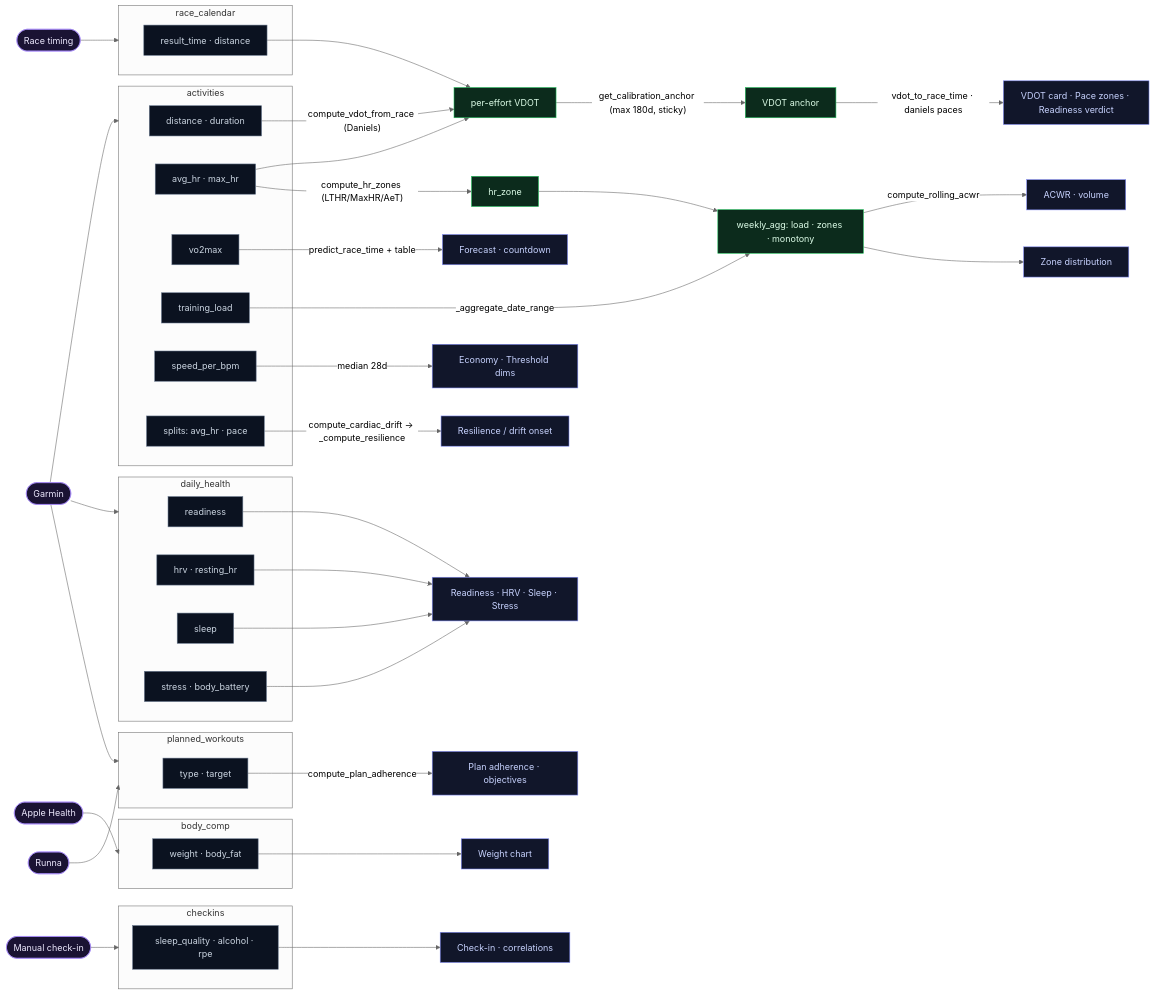
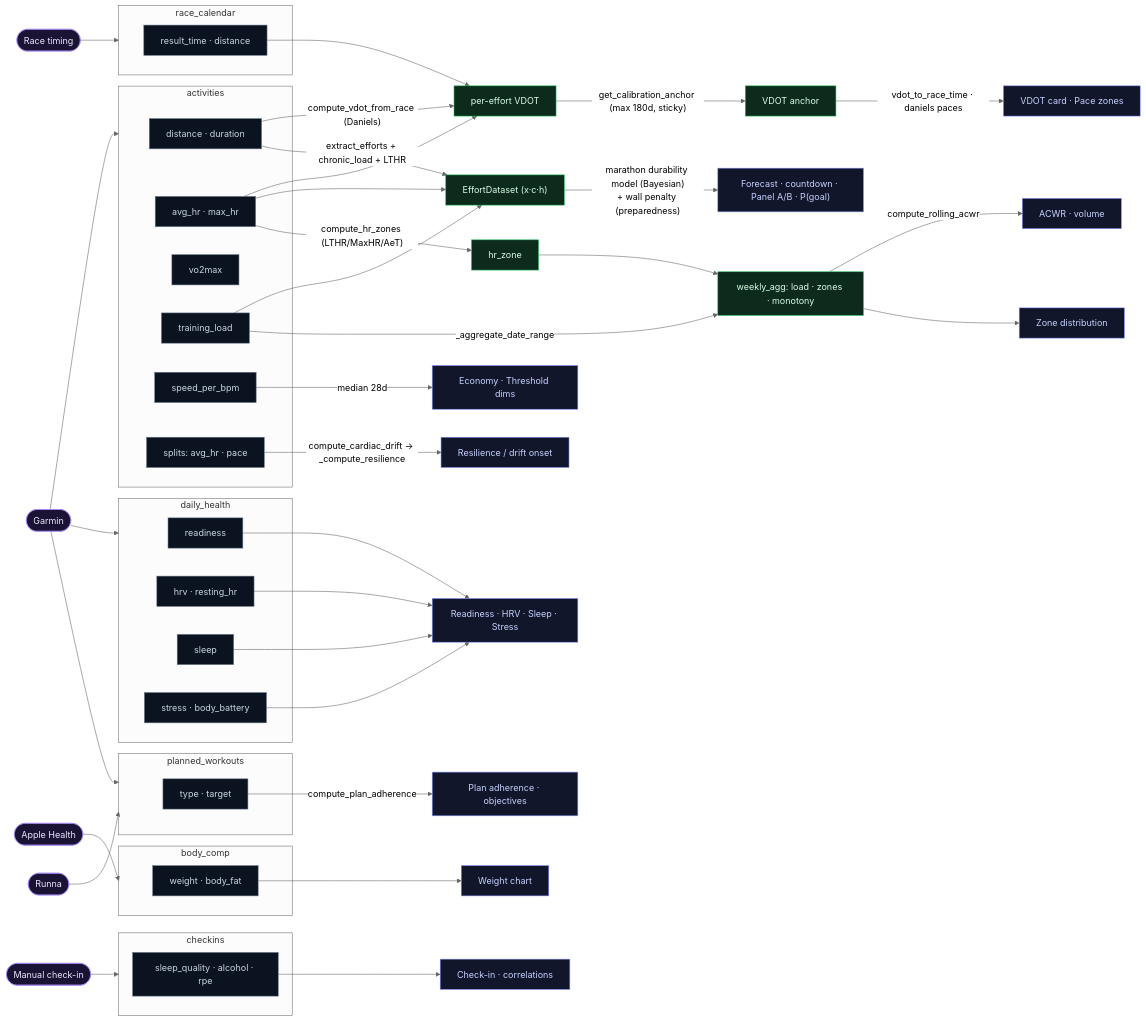
The first of 6 diagrams in DATA_LINEAGE.md (BigCrunsh/fit), drawn with Mermaid (neutral theme) before and after one commit. The commit also changed other lines of this file and 1 other file, not shown here.

````diff
--- a/DATA_LINEAGE.md
+++ b/DATA_LINEAGE.md
@@ -25,69 +25,72 @@
 ```mermaid
 flowchart LR
   classDef prov fill:#1a1333,stroke:#a78bfa,color:#ede9fe
   classDef col fill:#0b1220,stroke:#64748b,color:#cbd5e1
   classDef fn fill:#0c2b1c,stroke:#22c55e,color:#dcfce7
   classDef met fill:#11162a,stroke:#818cf8,color:#c7d2fe
 
   GAR(["Garmin"]):::prov
   APP(["Apple Health"]):::prov
   MAN(["Manual check-in"]):::prov
   RACE(["Race timing"]):::prov
   RUN(["Runna"]):::prov
 
   subgraph ACT["activities"]
     a_d["distance · duration"]:::col
     a_hr["avg_hr · max_hr"]:::col
     a_vo2["vo2max"]:::col
     a_tl["training_load"]:::col
     a_spb["speed_per_bpm"]:::col
     a_spl["splits: avg_hr · pace"]:::col
   end
   subgraph DH["daily_health"]
     d_rdy["readiness"]:::col
     d_hrv["hrv · resting_hr"]:::col
     d_slp["sleep"]:::col
     d_str["stress · body_battery"]:::col
   end
   subgraph BC["body_comp"]
     b_w["weight · body_fat"]:::col
   end
   subgraph CK["checkins"]
     c_sq["sleep_quality · alcohol · rpe"]:::col
   end
   subgraph RC["race_calendar"]
     r_t["result_time · distance"]:::col
   end
   subgraph PW["planned_workouts"]
     p_t["type · target"]:::col
   end
 
   GAR --> ACT
   GAR --> DH
   GAR --> PW
   APP --> BC
   MAN --> CK
   RACE --> RC
   RUN --> PW
 
   a_d -->|"compute_vdot_from_race (Daniels)"| VDOTp["per-effort VDOT"]:::fn
   a_hr --> VDOTp
   r_t --> VDOTp
   VDOTp -->|"get_calibration_anchor (max 180d, sticky)"| ANCH["VDOT anchor"]:::fn
-  ANCH -->|"vdot_to_race_time · daniels paces"| M_VDOT["VDOT card · Pace zones · Readiness verdict"]:::met
-  a_vo2 -->|"predict_race_time + table"| M_FC["Forecast · countdown"]:::met
+  ANCH -->|"vdot_to_race_time · daniels paces"| M_VDOT["VDOT card · Pace zones"]:::met
+  a_d -->|"extract_efforts + chronic_load + LTHR"| EFF["EffortDataset (x·c·h)"]:::fn
+  a_hr --> EFF
+  a_tl --> EFF
+  EFF -->|"marathon durability model (Bayesian)<br/>+ wall penalty (preparedness)"| M_FC["Forecast · countdown · Panel A/B · P(goal)"]:::met
   a_tl -->|"_aggregate_date_range"| WK["weekly_agg: load · zones · monotony"]:::fn
   a_hr -->|"compute_hr_zones (LTHR/MaxHR/AeT)"| HZ["hr_zone"]:::fn
   HZ --> WK
   WK -->|"compute_rolling_acwr"| M_ACWR["ACWR · volume"]:::met
   WK --> M_ZONE["Zone distribution"]:::met
   a_spl -->|"compute_cardiac_drift → _compute_resilience"| M_RES["Resilience / drift onset"]:::met
   a_spb -->|"median 28d"| M_ECO["Economy · Threshold dims"]:::met
   d_rdy --> M_REC["Readiness · HRV · Sleep · Stress"]:::met
   d_hrv --> M_REC
   d_slp --> M_REC
   d_str --> M_REC
   b_w --> M_W["Weight chart"]:::met
   p_t -->|"compute_plan_adherence"| M_PLAN["Plan adherence · objectives"]:::met
   c_sq --> M_CK["Check-in · correlations"]:::met
 ```
````
